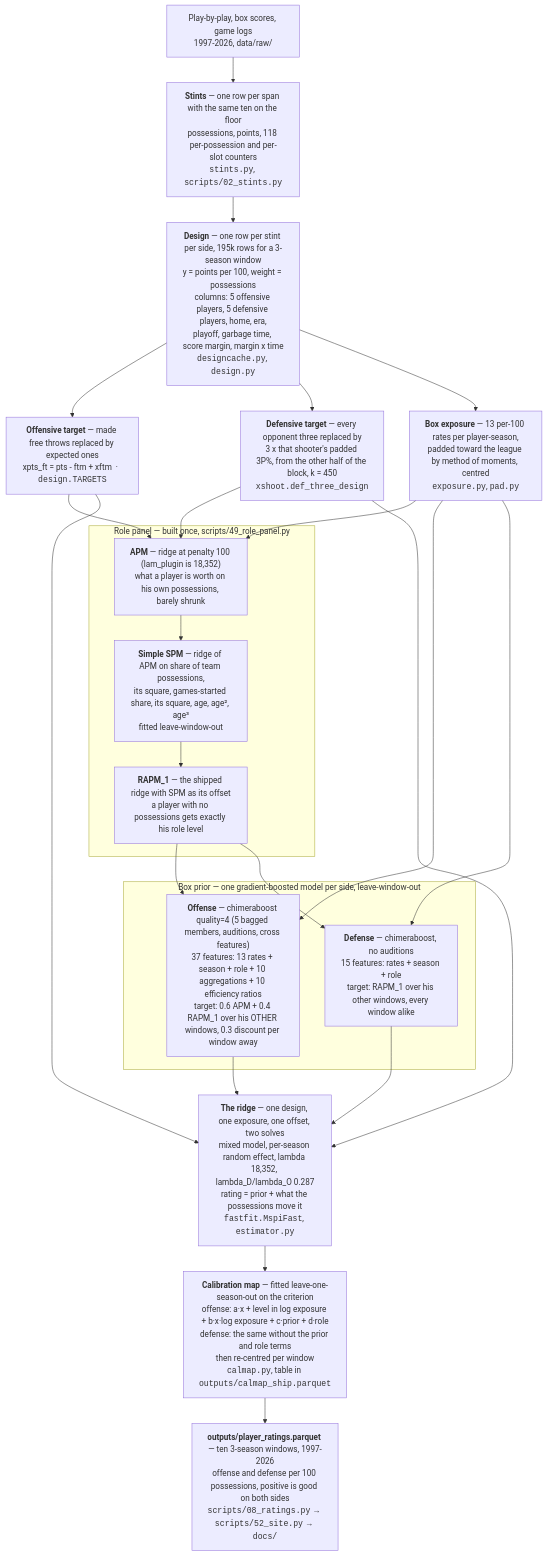
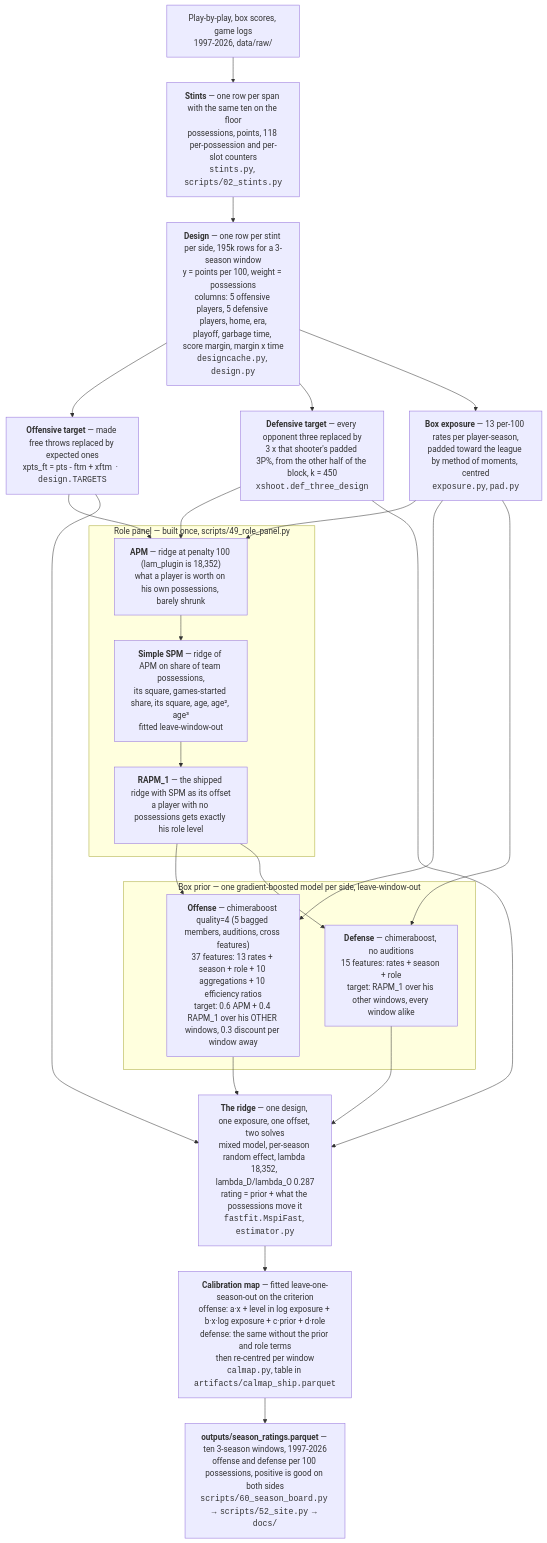
One commit to bbstats/openrapm changed the first of 2 diagrams in PIPELINE.md. Above: the diagram before and after it, drawn with Mermaid. The commit also changed other lines of this file and 9 other files, not shown here.

````diff
--- a/PIPELINE.md
+++ b/PIPELINE.md
@@ -11,47 +18,47 @@
 ```mermaid
 flowchart TD
     RAW["Play-by-play, box scores, game logs<br/>1997-2026, data/raw/"]
     ST["<b>Stints</b> — one row per span with the same ten on the floor<br/>possessions, points, 118 per-possession and per-slot counters<br/><code>stints.py</code>, <code>scripts/02_stints.py</code>"]
     DES["<b>Design</b> — one row per stint per side, 195k rows for a 3-season window<br/>y = points per 100, weight = possessions<br/>columns: 5 offensive players, 5 defensive players, home, era,<br/>playoff, garbage time, score margin, margin x time<br/><code>designcache.py</code>, <code>design.py</code>"]
     TGO["<b>Offensive target</b> — made free throws replaced by expected ones<br/>xpts_ft = pts - ftm + xftm  ·  <code>design.TARGETS</code>"]
     TGD["<b>Defensive target</b> — every opponent three replaced by<br/>3 x that shooter's padded 3P%, from the other half of the block, k = 450<br/><code>xshoot.def_three_design</code>"]
     EXP["<b>Box exposure</b> — 13 per-100 rates per player-season,<br/>padded toward the league by method of moments, centred<br/><code>exposure.py</code>, <code>pad.py</code>"]
 
     RAW --> ST --> DES
     DES --> TGO
     DES --> TGD
     DES --> EXP
 
     subgraph PANEL["Role panel — built once, scripts/49_role_panel.py"]
         APM["<b>APM</b> — ridge at penalty 100 (lam_plugin is 18,352)<br/>what a player is worth on his own possessions, barely shrunk"]
         SPM["<b>Simple SPM</b> — ridge of APM on share of team possessions,<br/>its square, games-started share, its square, age, age², age³<br/>fitted leave-window-out"]
         R1["<b>RAPM_1</b> — the shipped ridge with SPM as its offset<br/>a player with no possessions gets exactly his role level"]
         APM --> SPM --> R1
     end
 
     EXP --> APM
     TGO --> APM
     TGD --> APM
 
     subgraph PRIOR["Box prior — one gradient-boosted model per side, leave-window-out"]
         PO["<b>Offense</b> — chimeraboost quality=4 (5 bagged members, auditions, cross features)<br/>37 features: 13 rates + season + role + 10 aggregations + 10 efficiency ratios<br/>target: 0.6 APM + 0.4 RAPM_1 over his OTHER windows, 0.3 discount per window away"]
         PD["<b>Defense</b> — chimeraboost, no auditions<br/>15 features: rates + season + role<br/>target: RAPM_1 over his other windows, every window alike"]
     end
 
     R1 --> PO
     R1 --> PD
     EXP --> PO
     EXP --> PD
 
     RIDGE["<b>The ridge</b> — one design, one exposure, one offset, two solves<br/>mixed model, per-season random effect, lambda 18,352, lambda_D/lambda_O 0.287<br/>rating = prior + what the possessions move it<br/><code>fastfit.MspiFast</code>, <code>estimator.py</code>"]
     PO --> RIDGE
     PD --> RIDGE
     TGO --> RIDGE
     TGD --> RIDGE
 
-    MAP["<b>Calibration map</b> — fitted leave-one-season-out on the criterion<br/>offense: a·x + level in log exposure + b·x·log exposure + c·prior + d·role<br/>defense: the same without the prior and role terms<br/>then re-centred per window<br/><code>calmap.py</code>, table in <code>outputs/calmap_ship.parquet</code>"]
+    MAP["<b>Calibration map</b> — fitted leave-one-season-out on the criterion<br/>offense: a·x + level in log exposure + b·x·log exposure + c·prior + d·role<br/>defense: the same without the prior and role terms<br/>then re-centred per window<br/><code>calmap.py</code>, table in <code>artifacts/calmap_ship.parquet</code>"]
     RIDGE --> MAP
 
-    OUT["<b>outputs/player_ratings.parquet</b> — ten 3-season windows, 1997-2026<br/>offense and defense per 100 possessions, positive is good on both sides<br/><code>scripts/08_ratings.py</code> → <code>scripts/52_site.py</code> → <code>docs/</code>"]
+    OUT["<b>outputs/season_ratings.parquet</b> — ten 3-season windows, 1997-2026<br/>offense and defense per 100 possessions, positive is good on both sides<br/><code>scripts/60_season_board.py</code> → <code>scripts/52_site.py</code> → <code>docs/</code>"]
     MAP --> OUT
 ```
````
